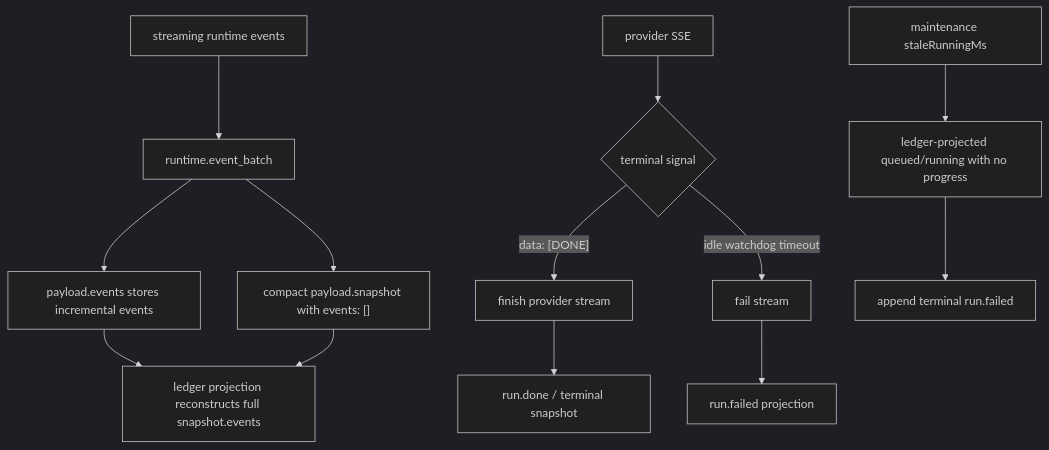
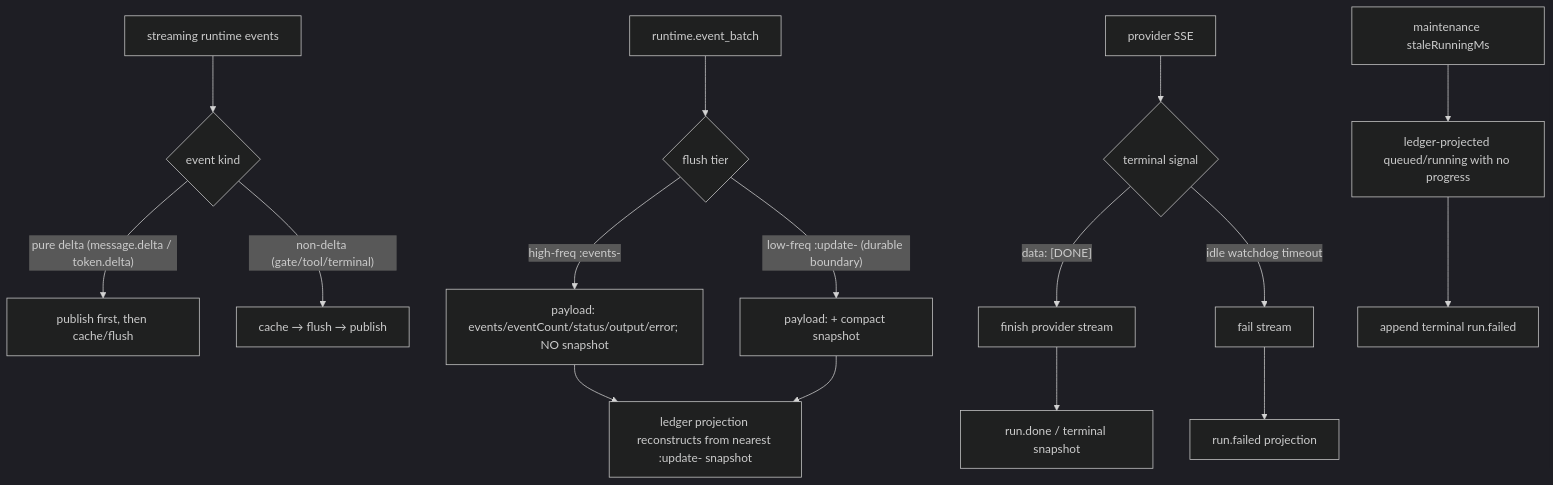
Before and after one commit to cemeworm/Ora: the eighth of 8 diagrams in docs/ora-runtime-loop.md, drawn with Mermaid (dark theme). The commit also changed other lines of this file and 4 other files, not shown here.

````diff
--- a/docs/ora-runtime-loop.md
+++ b/docs/ora-runtime-loop.md
@@ -394,17 +398,22 @@
 ```mermaid
 flowchart TD
-  A["streaming runtime events"] --> B["runtime.event_batch"]
-  B --> C["payload.events stores incremental events"]
-  B --> D["compact payload.snapshot with events: []"]
-  C --> E["ledger projection reconstructs full snapshot.events"]
-  D --> E
+  A["streaming runtime events"] --> B{"event kind"}
+  B -->|"pure delta (message.delta / token.delta)"| C["publish first, then cache/flush"]
+  B -->|"non-delta (gate/tool/terminal)"| D["cache → flush → publish"]
 
-  F["provider SSE"] --> G{"terminal signal"}
-  G -->|"data: [DONE]"| H["finish provider stream"]
-  G -->|"idle watchdog timeout"| I["fail stream"]
-  H --> J["run.done / terminal snapshot"]
-  I --> K["run.failed projection"]
+  E["runtime.event_batch"] --> F{"flush tier"}
+  F -->|"high-freq :events-"| G["payload: events/eventCount/status/output/error; NO snapshot"]
+  F -->|"low-freq :update- (durable boundary)"| H["payload: + compact snapshot"]
 
-  L["maintenance staleRunningMs"] --> M["ledger-projected queued/running with no progress"]
-  M --> N["append terminal run.failed"]
+  G --> I["ledger projection reconstructs from nearest :update- snapshot"]
+  H --> I
+
+  J["provider SSE"] --> K{"terminal signal"}
+  K -->|"data: [DONE]"| L["finish provider stream"]
+  K -->|"idle watchdog timeout"| M["fail stream"]
+  L --> N["run.done / terminal snapshot"]
+  M --> O["run.failed projection"]
+
+  P["maintenance staleRunningMs"] --> Q["ledger-projected queued/running with no progress"]
+  Q --> R["append terminal run.failed"]
 ```
````
